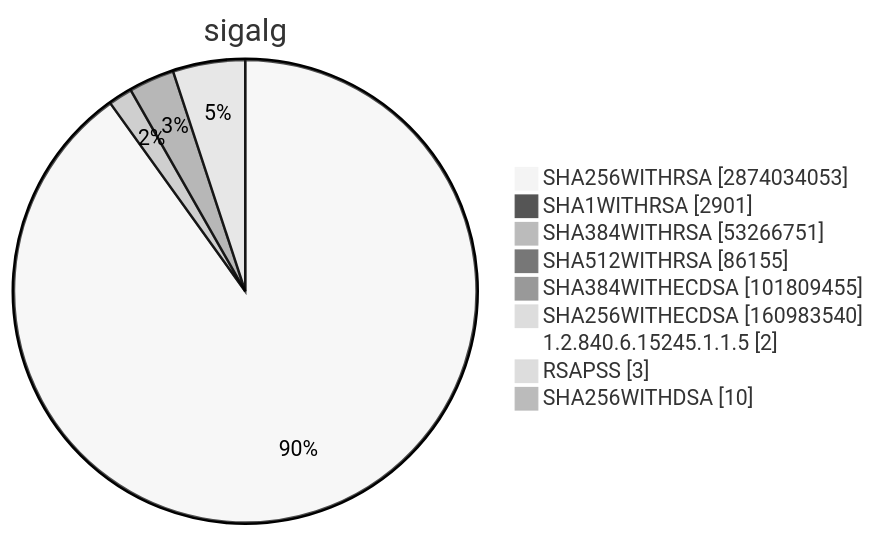
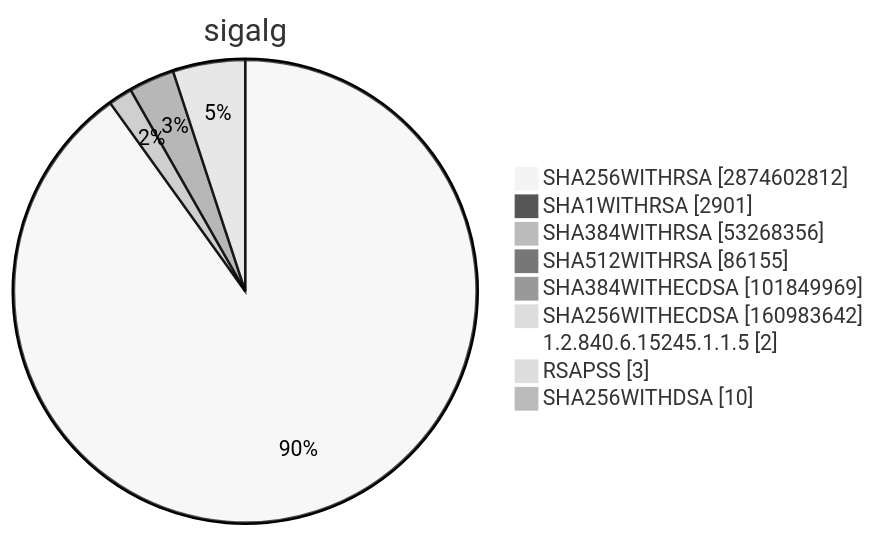
One commit to christiankrug/ctmonitor_visualization changed diagram 15 of 15 in TOTAL/README.md. Above: the diagram before and after it, drawn with Mermaid (neutral theme). The commit also changed other lines of this file, not shown here.

````diff
--- a/TOTAL/README.md
+++ b/TOTAL/README.md
@@ -6207,13 +6207,13 @@
 ```mermaid
 pie showData
 title sigalg
-"SHA256WITHRSA" :2874034053
+"SHA256WITHRSA" :2874602812
 "SHA1WITHRSA" :2901
-"SHA384WITHRSA" :53266751
+"SHA384WITHRSA" :53268356
 "SHA512WITHRSA" :86155
-"SHA384WITHECDSA" :101809455
-"SHA256WITHECDSA" :160983540
+"SHA384WITHECDSA" :101849969
+"SHA256WITHECDSA" :160983642
 "1.2.840.6.15245.1.1.5" :2
 "RSAPSS" :3
 "SHA256WITHDSA" :10
 ```
````
